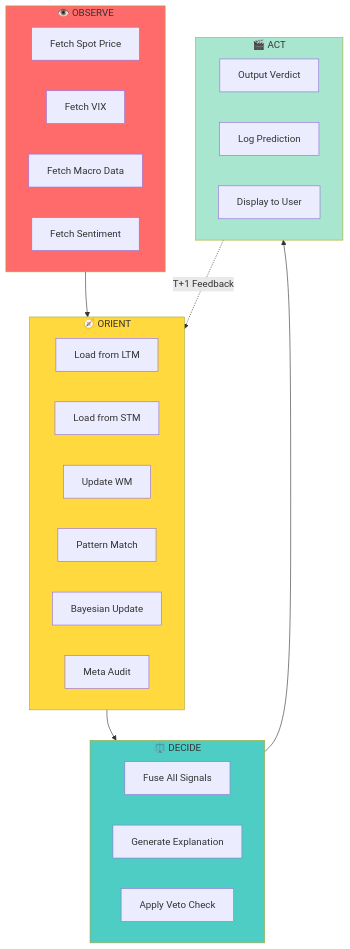
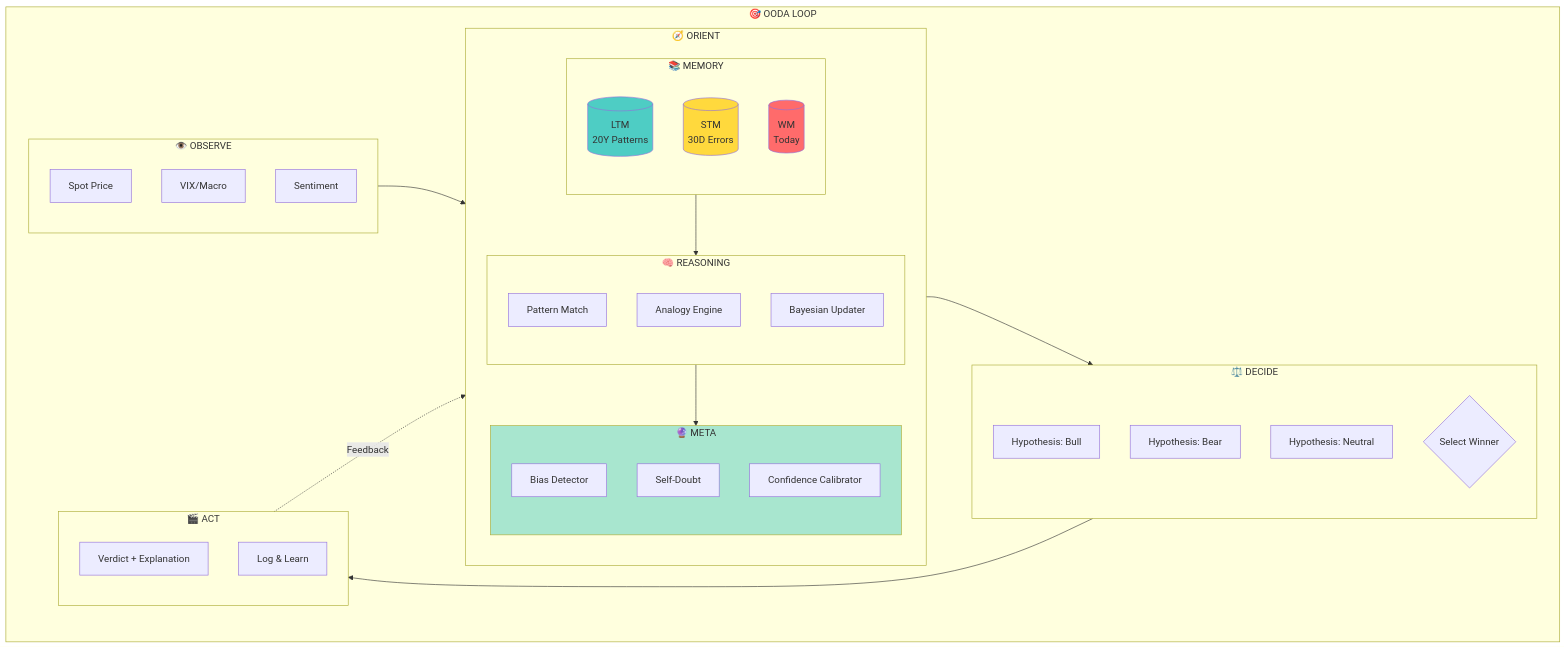
The fourth of 6 diagrams in README.md (pravindev666/Tradyx-Aleph), drawn with Mermaid before and after one commit. The commit also changed other lines of this file, not shown here.

````diff
--- a/README.md
+++ b/README.md
@@ -328,40 +165,55 @@
 ```mermaid
-graph TD
-    subgraph OBSERVE["👁️ OBSERVE"]
-        O1[Fetch Spot Price]
-        O2[Fetch VIX]
-        O3[Fetch Macro Data]
-        O4[Fetch Sentiment]
-    end
+flowchart TB
+    subgraph OODA["🎯 OODA LOOP"]
+        subgraph OBSERVE["👁️ OBSERVE"]
+            S1[Spot Price]
+            S2[VIX/Macro]
+            S3[Sentiment]
+        end
 
-    subgraph ORIENT["🧭 ORIENT"]
-        OR1[Load from LTM]
-        OR2[Load from STM]
-        OR3[Update WM]
-        OR4[Pattern Match]
-        OR5[Bayesian Update]
-        OR6[Meta Audit]
-    end
+        subgraph ORIENT["🧭 ORIENT"]
+            subgraph MEMORY["📚 MEMORY"]
+                LTM[("LTM<br/>20Y Patterns")]
+                STM[("STM<br/>30D Errors")]
+                WM[("WM<br/>Today")]
+            end
 
-    subgraph DECIDE["⚖️ DECIDE"]
-        D1[Fuse All Signals]
-        D2[Generate Explanation]
-        D3[Apply Veto Check]
-    end
+            subgraph REASON["🧠 REASONING"]
+                PAT[Pattern Match]
+                ANA[Analogy Engine]
+                BAY[Bayesian Updater]
+            end
 
-    subgraph ACT["🎬 ACT"]
-        A1[Output Verdict]
-        A2[Log Prediction]
-        A3[Display to User]
+            subgraph META["🔮 META"]
+                BIAS[Bias Detector]
+                DOUBT[Self-Doubt]
+                CONF[Confidence Calibrator]
+            end
+
+            MEMORY --> REASON
+            REASON --> META
+        end
+
+        subgraph DECIDE["⚖️ DECIDE"]
+            H1[Hypothesis: Bull]
+            H2[Hypothesis: Bear]
+            H3[Hypothesis: Neutral]
+            WIN{Select Winner}
+        end
+
+        subgraph ACT["🎬 ACT"]
+            VERDICT[Verdict + Explanation]
+            LOG[Log & Learn]
+        end
     end
 
     OBSERVE --> ORIENT
     ORIENT --> DECIDE
     DECIDE --> ACT
-    ACT -.->|T+1 Feedback| ORIENT
+    ACT -.->|Feedback| ORIENT
 
-    style OBSERVE fill:#ff6b6b
-    style ORIENT fill:#ffd93d
-    style DECIDE fill:#4ecdc4
-    style ACT fill:#a8e6cf
+    style LTM fill:#4ecdc4
+    style STM fill:#ffd93d
+    style WM fill:#ff6b6b
+    style META fill:#a8e6cf
 ```
````
